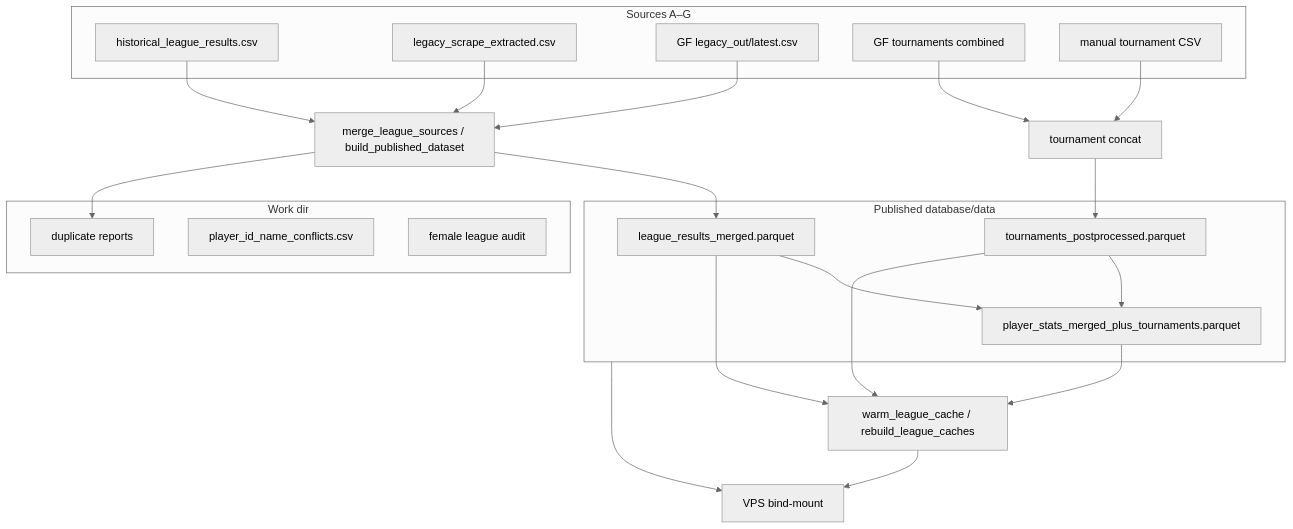
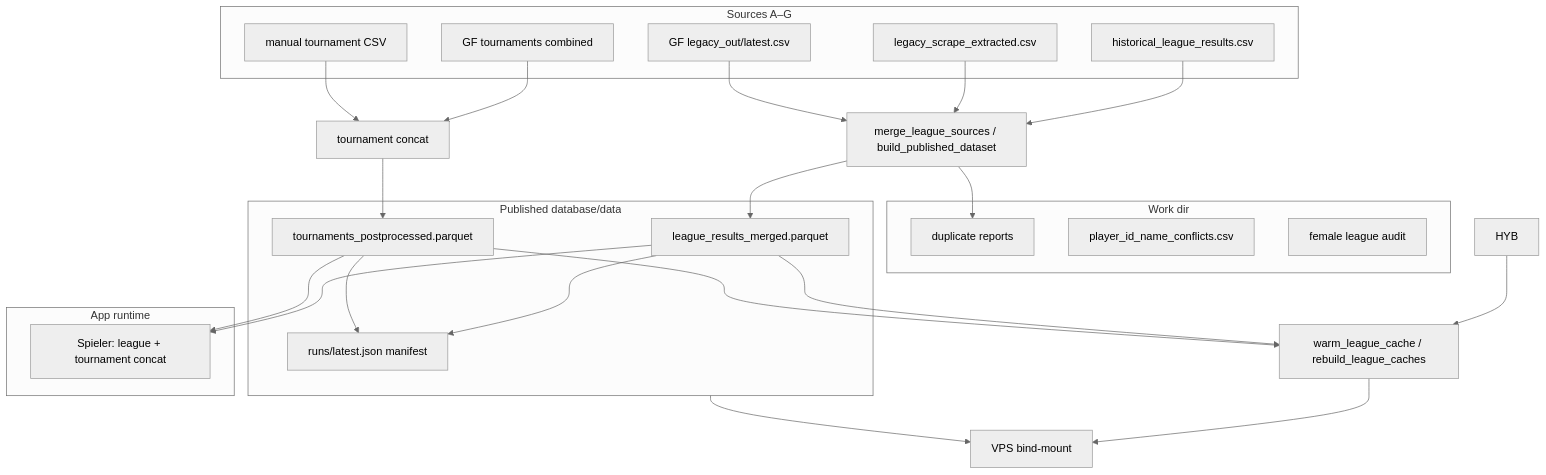
The first of 2 diagrams in docs/planning/DATA_PIPELINE_PLAN.md (AmbidextrousCoatie/bowlyzer_legacy), drawn with Mermaid (neutral theme) before and after one commit. The commit also changed other lines of this file and 63 other files, not shown here.

````diff
--- a/docs/planning/DATA_PIPELINE_PLAN.md
+++ b/docs/planning/DATA_PIPELINE_PLAN.md
@@ -63,42 +86,48 @@
 ```mermaid
 flowchart TB
   subgraph sources [Sources A–G]
     A[historical_league_results.csv]
     B[legacy_scrape_extracted.csv]
     C[GF legacy_out/latest.csv]
     E[GF tournaments combined]
     F[manual tournament CSV]
   end
 
   subgraph work [Work dir]
     DUP[duplicate reports]
     AUDIT[player_id_name_conflicts.csv]
     FEM[female league audit]
   end
 
   subgraph publish [Published database/data]
     LRM[league_results_merged.parquet]
     TPM[tournaments_postprocessed.parquet]
-    HYB[player_stats_merged_plus_tournaments.parquet]
+    MAN[runs/latest.json manifest]
+  end
+
+  subgraph runtime [App runtime]
+    SPIELER[Spieler: league + tournament concat]
   end
 
   A --> MERGE[merge_league_sources / build_published_dataset]
   B --> MERGE
   C --> MERGE
   MERGE --> LRM
   MERGE --> DUP
 
   E --> TMERGE[tournament concat]
   F --> TMERGE
   TMERGE --> TPM
 
-  LRM --> HYB
-  TPM --> HYB
+  LRM --> MAN
+  TPM --> MAN
+  LRM --> SPIELER
+  TPM --> SPIELER
 
   LRM --> CACHE[warm_league_cache / rebuild_league_caches]
   HYB --> CACHE
   TPM --> CACHE
 
   publish --> VPS[VPS bind-mount]
   CACHE --> VPS
 ```
````
